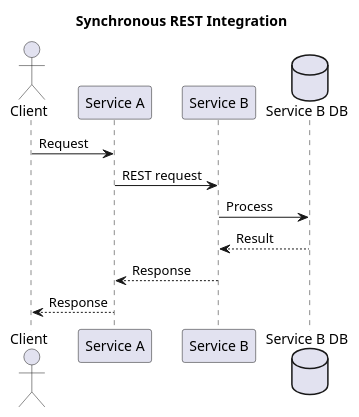
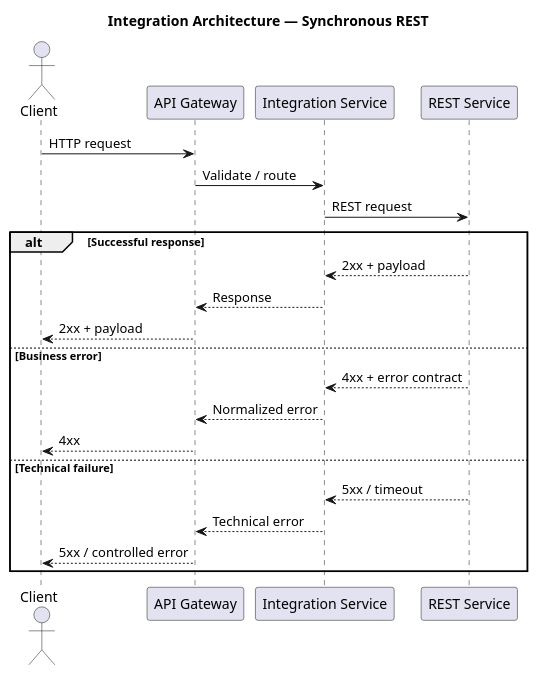
Before and after one commit to konstantin-kuzovkin/architecture-portfolio: the diagram in 03-integration-architecture/diagrams/synchronous-rest.puml, drawn with PlantUML.

```diff
--- a/03-integration-architecture/diagrams/synchronous-rest.puml
+++ b/03-integration-architecture/diagrams/synchronous-rest.puml
@@ -1,17 +1,34 @@
 @startuml
+title Integration Architecture — Synchronous REST
 
-title Synchronous REST Integration
+skinparam componentStyle rectangle
+skinparam shadowing false
 
 actor Client
-participant "Service A" as A
-participant "Service B" as B
-database "Service B DB" as DB
 
-Client -> A : Request
-A -> B : REST request
-B -> DB : Process
-DB --> B : Result
-B --> A : Response
-A --> Client : Response
+participant "API Gateway" as Gateway
+participant "Integration Service" as Integration
+participant "REST Service" as Service
+
+Client -> Gateway : HTTP request
+Gateway -> Integration : Validate / route
+
+Integration -> Service : REST request
+
+alt Successful response
+    Service --> Integration : 2xx + payload
+    Integration --> Gateway : Response
+    Gateway --> Client : 2xx + payload
+
+else Business error
+    Service --> Integration : 4xx + error contract
+    Integration --> Gateway : Normalized error
+    Gateway --> Client : 4xx
+
+else Technical failure
+    Service --> Integration : 5xx / timeout
+    Integration --> Gateway : Technical error
+    Gateway --> Client : 5xx / controlled error
+end
 
 @enduml
```
